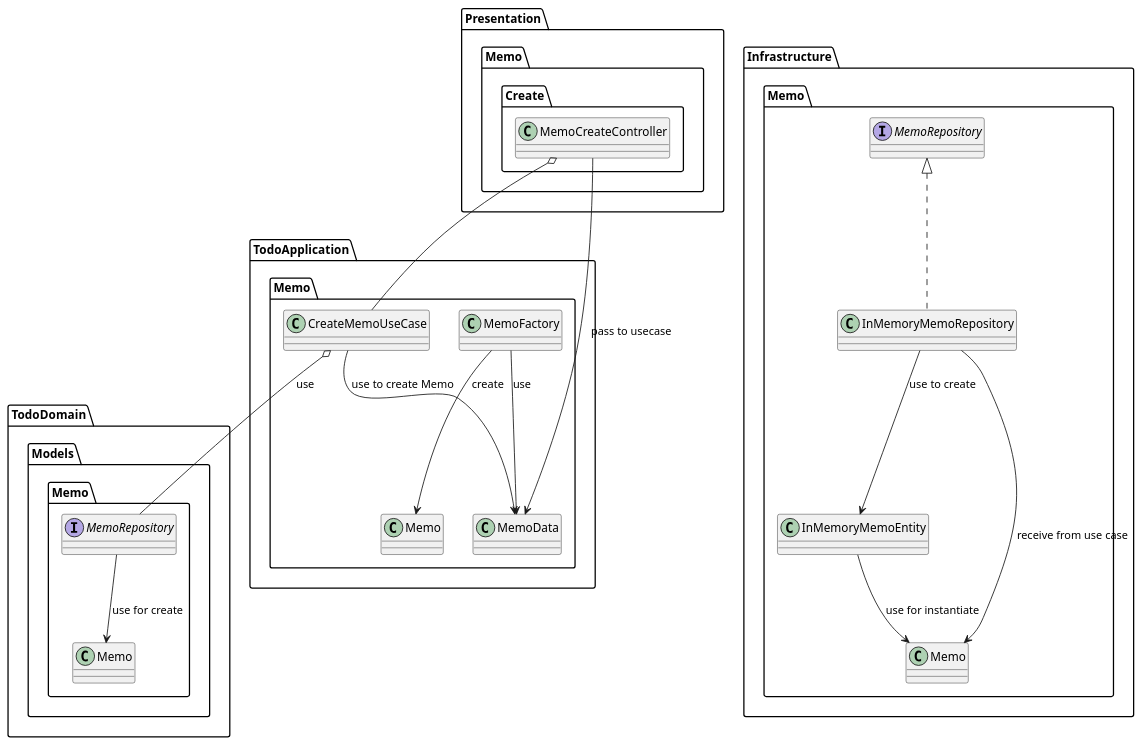
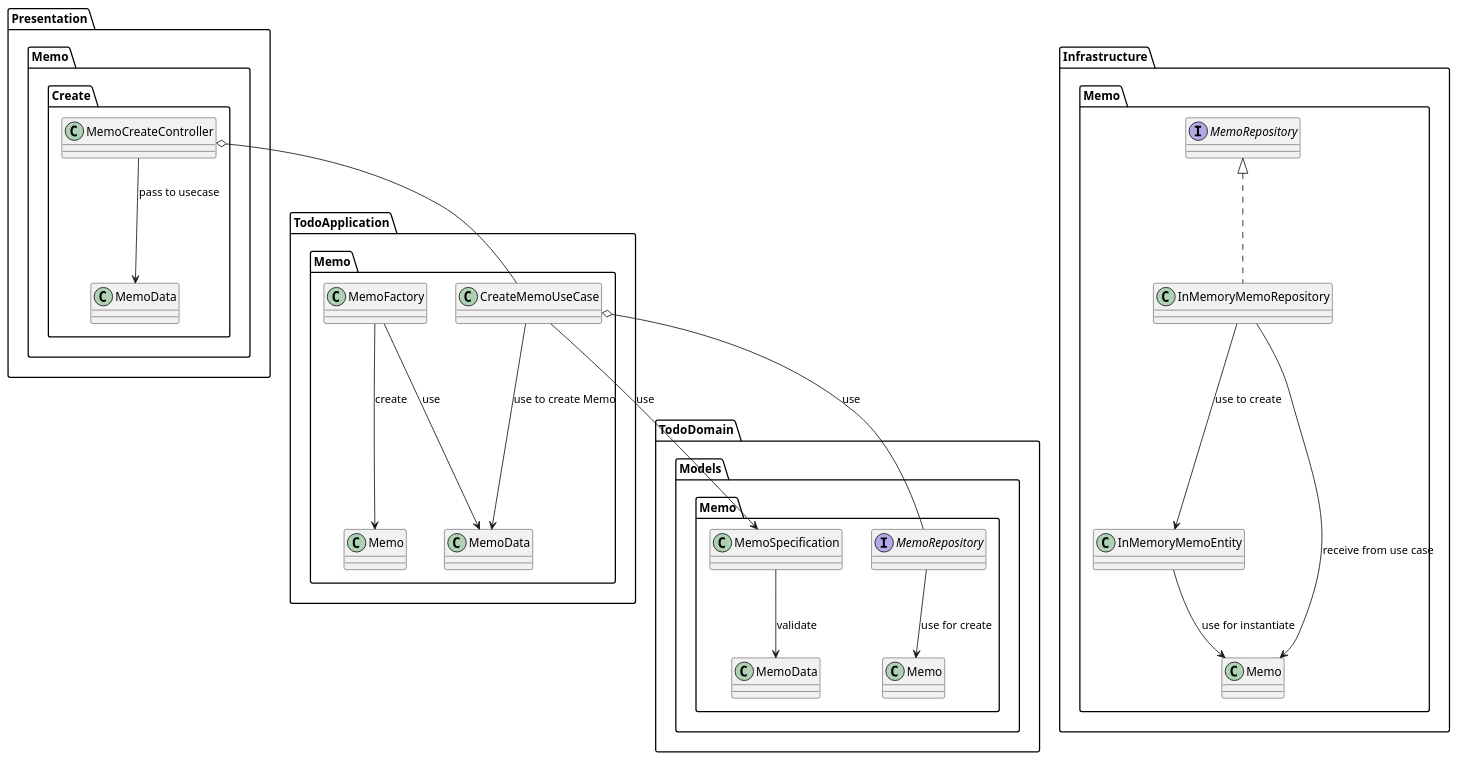
One commit to t-matsumo/TodoPractice changed the diagram in docs/class-diagram/memo/CreateMemoUseCase.plantuml. Above: the diagram before and after it, drawn with PlantUML. The commit also changed 1 other file, not shown here.

```diff
--- a/docs/class-diagram/memo/CreateMemoUseCase.plantuml
+++ b/docs/class-diagram/memo/CreateMemoUseCase.plantuml
@@ -1,39 +1,42 @@
 @startuml
 
 package TodoDomain.Models.Memo {
     class Memo
+    class MemoSpecification
     interface MemoRepository
 
     MemoRepository --> Memo : use for create
+    MemoSpecification --> MemoData : validate
 }
 
 package TodoApplication.Memo {
     class CreateMemoUseCase
     class MemoData
     class MemoFactory
 
     CreateMemoUseCase --> MemoData : use to create Memo
     MemoFactory --> MemoData : use
     MemoFactory --> Memo : create
     CreateMemoUseCase o-- MemoRepository : use
+    CreateMemoUseCase --> MemoSpecification : use
 }
 
 package Presentation.Memo {
     package Create {
         class MemoCreateController
 
         MemoCreateController o-- CreateMemoUseCase
         MemoCreateController --> MemoData : pass to usecase
     }
 }
 
 package Infrastructure.Memo {
     class InMemoryMemoRepository implements MemoRepository
     class InMemoryMemoEntity
 
     InMemoryMemoRepository --> InMemoryMemoEntity : use to create
     InMemoryMemoRepository --> Memo : receive from use case
     InMemoryMemoEntity --> Memo : use for instantiate
 }
 
 @enduml
```
